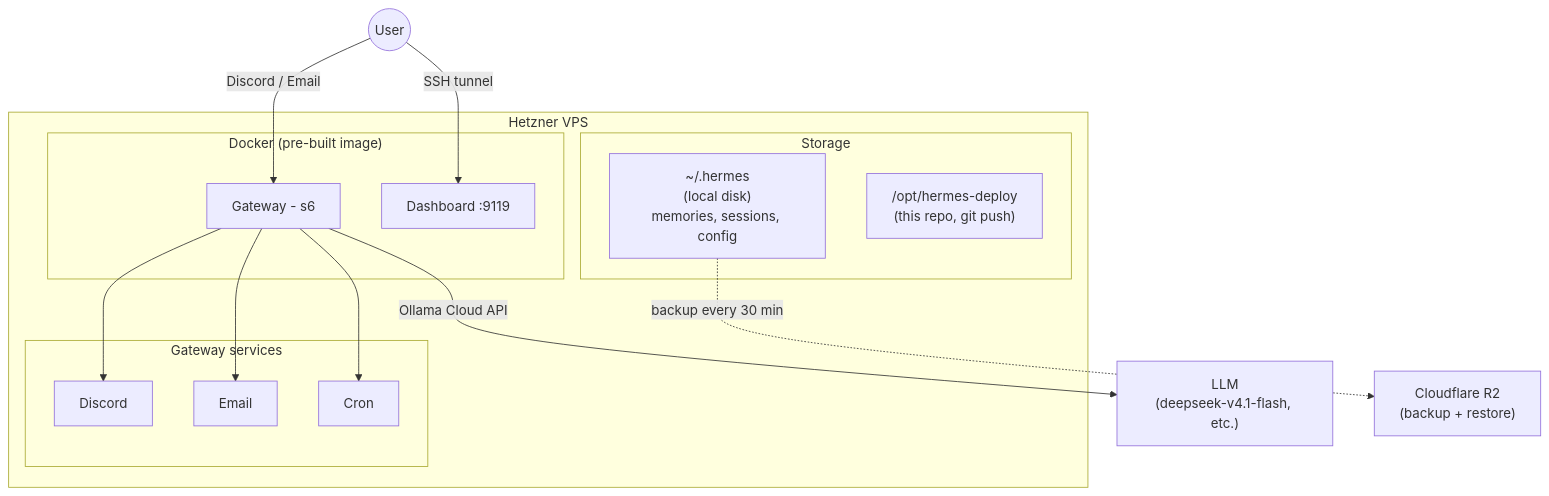
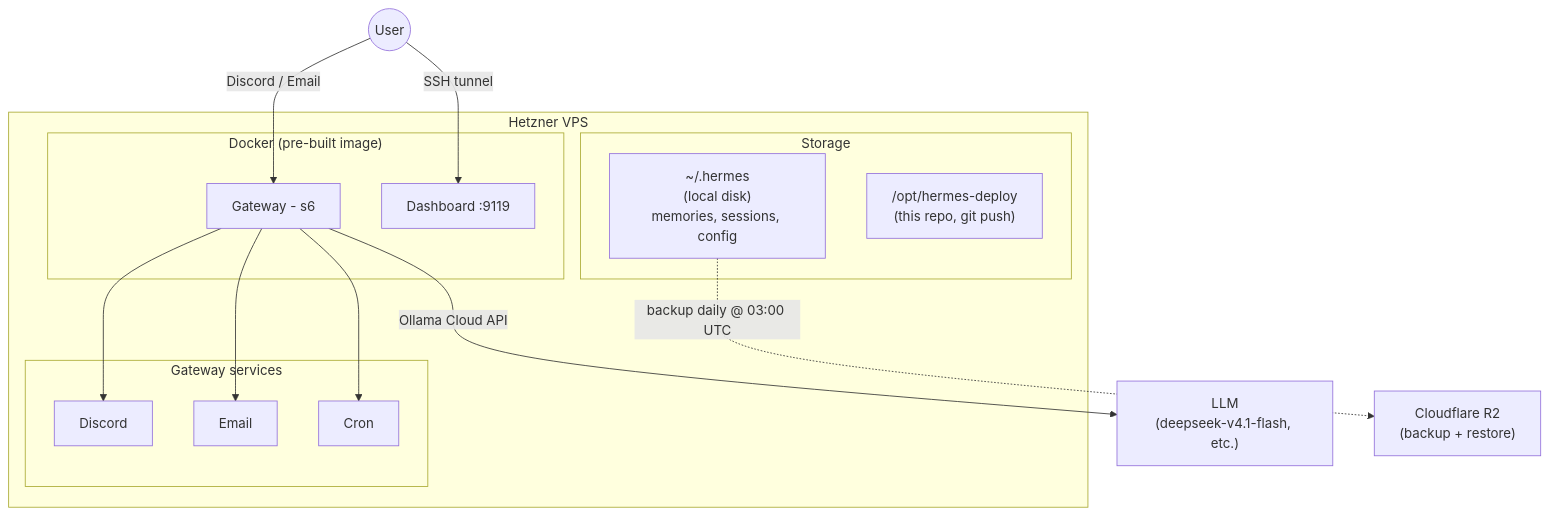
Before and after one commit to francescomucio/hermes-deploy: the diagram in README.md, drawn with Mermaid. The commit also changed other lines of this file and 5 other files, not shown here.

First line of the commit message:
Document the daily 03:00 UTC backup schedule

````diff
--- a/README.md
+++ b/README.md
@@ -9,32 +9,32 @@
 ```mermaid
 graph TB
     User((User))
 
     User -->|Discord / Email| GW
     User -->|SSH tunnel| DB
 
     subgraph VPS[Hetzner VPS]
         subgraph Docker["Docker (pre-built image)"]
             GW[Gateway - s6]
             DB[Dashboard :9119]
         end
 
         subgraph Services[Gateway services]
             Discord
             Email
             Cron
         end
 
         subgraph Storage
             DATA["~/.hermes<br/>(local disk)<br/>memories, sessions, config"]
             REPO["/opt/hermes-deploy<br/>(this repo, git push)"]
         end
 
         GW --> Discord
         GW --> Email
         GW --> Cron
     end
 
     GW -->|Ollama Cloud API| LLM["LLM<br/>(deepseek-v4.1-flash, etc.)"]
-    DATA -.->|backup every 30 min| R2["Cloudflare R2<br/>(backup + restore)"]
+    DATA -.->|backup daily @ 03:00 UTC| R2["Cloudflare R2<br/>(backup + restore)"]
 ```
````
